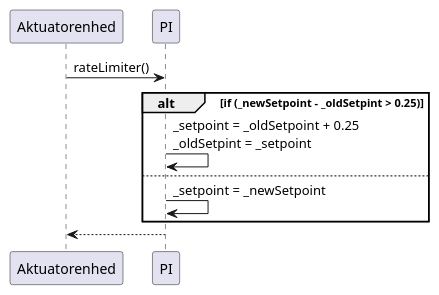
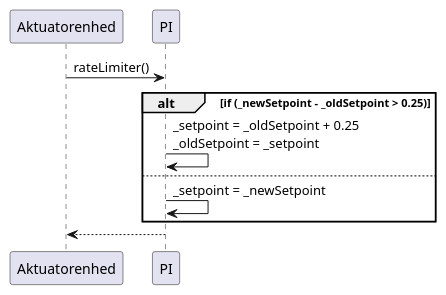
The diagram in Design/Akutuator enhed/Software/PI/SD_PI_rateLimiter.puml (Solvgraa-mager/E4PRJ4), drawn with PlantUML before and after one commit. The commit also changed 13 other files, not shown here.

```diff
--- a/Design/Akutuator enhed/Software/PI/SD_PI_rateLimiter.puml
+++ b/Design/Akutuator enhed/Software/PI/SD_PI_rateLimiter.puml
@@ -1,14 +1,14 @@
 @startuml rateLimit
 
 participant Aktuatorenhed as a
 participant PI as p
 
 a -> p : rateLimiter() 						
-alt if (_newSetpoint - _oldSetpint > 0.25)		
-	p -> p : _setpoint = _oldSetpoint + 0.25\n_oldSetpint = _setpoint
+alt if (_newSetpoint - _oldSetpoint > 0.25)		
+	p -> p : _setpoint = _oldSetpoint + 0.25\n_oldSetpoint = _setpoint
 else
 	p -> p : _setpoint = _newSetpoint
 end
 a <-- p 
 
 @enduml
```
